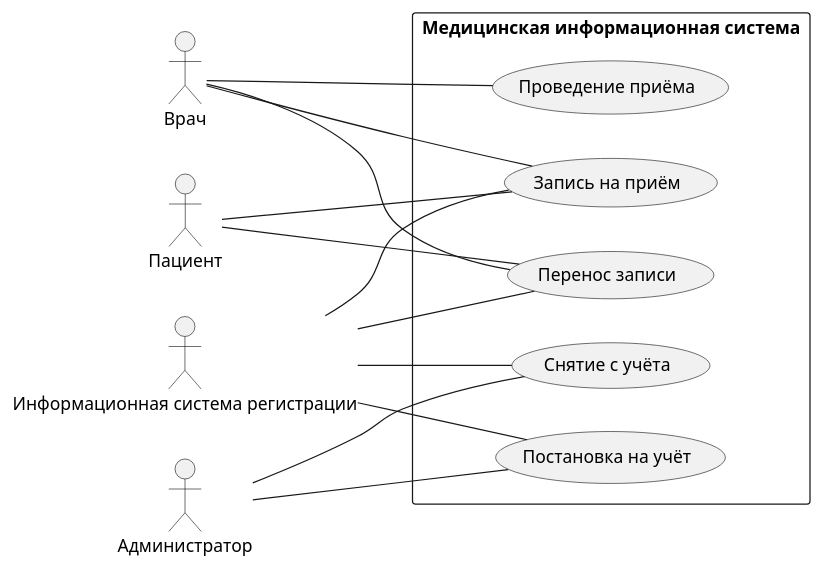
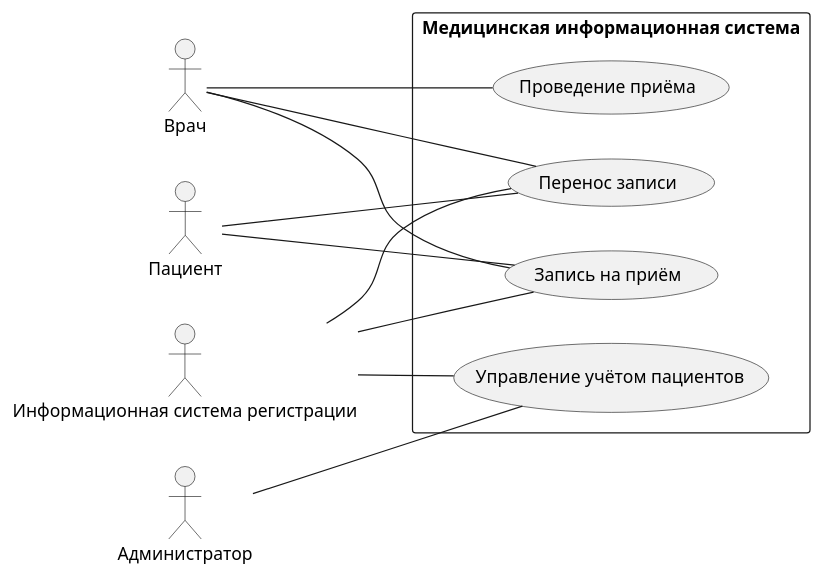
Before and after one commit to penamarth/bsbo-13-23_team3_var3_clinic: the diagram in use_case_diagram.puml, drawn with PlantUML. The commit also changed other lines of this file, not shown here.

Commit message:
Update use_case_diagram.puml
Объединение постановки и снятия с учёта в "Управление учётом пациентов"

```diff
--- a/use_case_diagram.puml
+++ b/use_case_diagram.puml
@@ -1,35 +1,32 @@
 @startuml
 left to right direction
 
 actor Пациент
 actor "Информационная система регистрации"
 actor Врач
 actor Администратор
 
 rectangle "Медицинская информационная система" {
     usecase "Запись на приём" as BA
     usecase "Перенос записи" as RA
     usecase "Проведение приёма" as RV
-    usecase "Постановка на учёт" as RPR
-    usecase "Снятие с учёта" as RMR
+    usecase "Управление учётом пациентов" as CPR
 }
 
 ' Patient interactions
 Пациент -- BA
 Пациент -- RA
 
 ' Обязанности информационной системы регистрации
 "Информационная система регистрации" -- BA
 "Информационная система регистрации"-- RA
-"Информационная система регистрации"-- RPR
-"Информационная система регистрации"-- RMR
+"Информационная система регистрации"-- CPR
 
 ' Обязанности доктора
 Врач -- BA
 Врач -- RA
 Врач -- RV
 
 ' Обязанности администратора
-Администратор -- RPR
-Администратор -- RMR
+Администратор -- CPR
 @enduml
```
